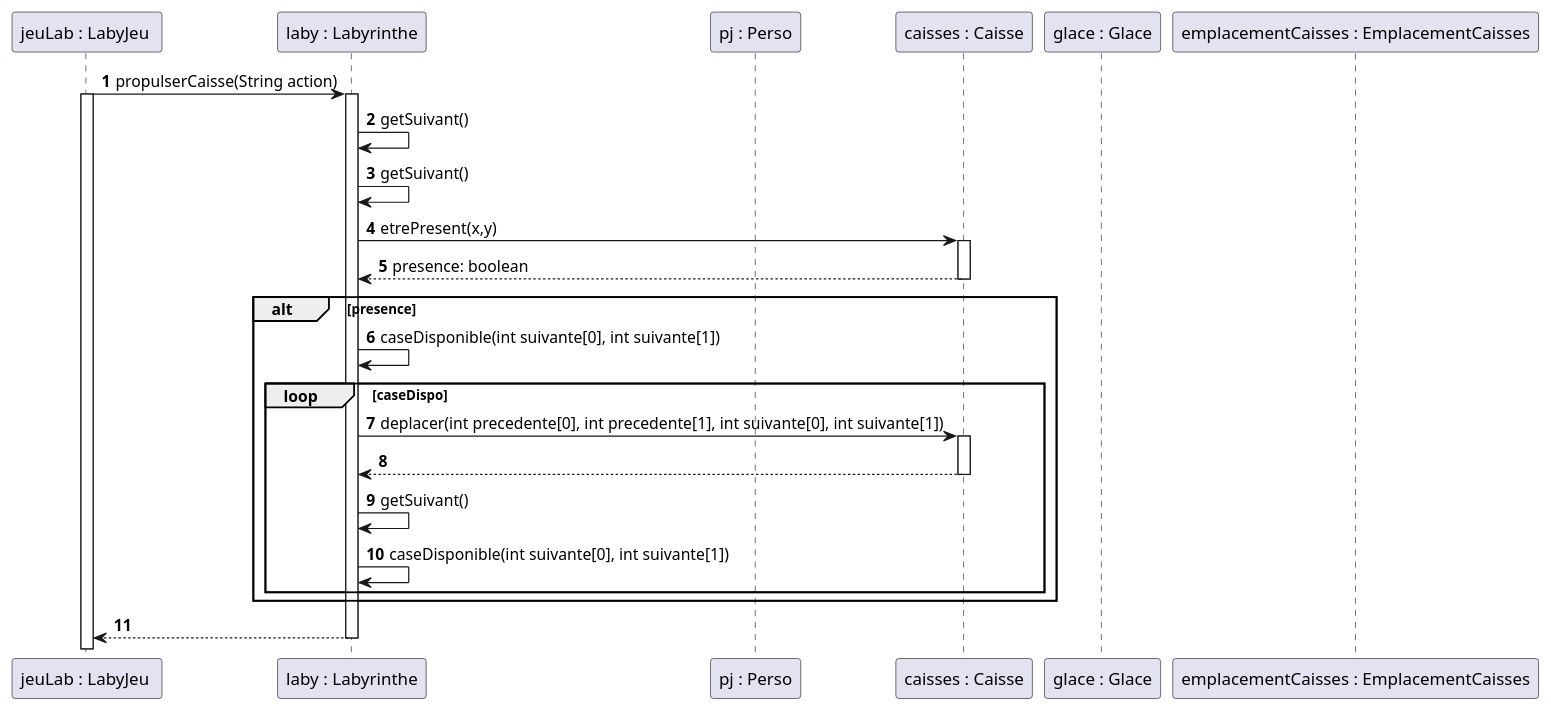
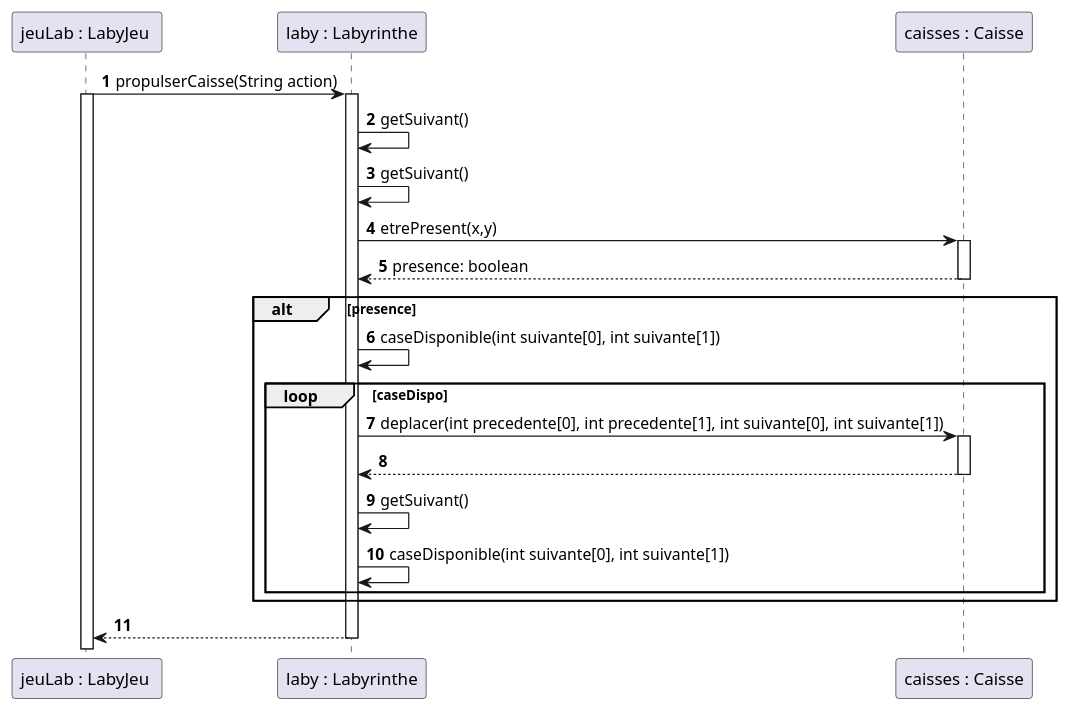
The diagram in documents/version_4/Diagramme sequence Propulser Caisse.puml (Flotss/Zeldiablo), drawn with PlantUML before and after one commit. The commit also changed 6 other files, not shown here.

Commit message:
ajout image + correctif diagramme sequence propulser

```diff
--- a/documents/version_4/Diagramme sequence Propulser Caisse.puml
+++ b/documents/version_4/Diagramme sequence Propulser Caisse.puml
@@ -1,43 +1,40 @@
 @startuml
 'https://plantuml.com/sequence-diagram
 participant "jeuLab : LabyJeu " as lj
 participant "laby : Labyrinthe" as l
-participant "pj : Perso" as p
 participant "caisses : Caisse" as c
-participant "glace : Glace" as g
-participant "emplacementCaisses : EmplacementCaisses" as ep
 
 
 autonumber
 
 lj -> l : propulserCaisse(String action)
 activate lj
 activate l
 l -> l : getSuivant()
 l -> l : getSuivant()
 l -> c : etrePresent(x,y)
 activate c
 l <-- c : presence: boolean
 deactivate c
 
 alt presence
 
     l -> l : caseDisponible(int suivante[0], int suivante[1])
     loop caseDispo
         l -> c : deplacer(int precedente[0], int precedente[1], int suivante[0], int suivante[1])
         activate c
         l <-- c
         deactivate c
         l -> l : getSuivant()
         l -> l : caseDisponible(int suivante[0], int suivante[1])
     end
 
 end
 
 lj <-- l
 deactivate l
 
 
 
 
 @enduml
```
